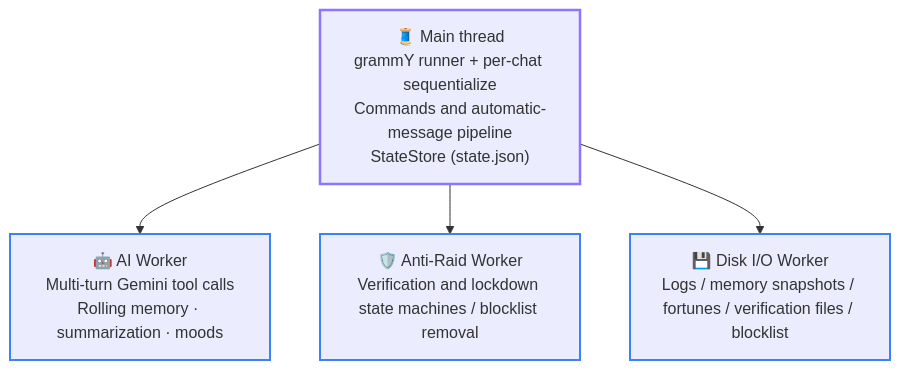
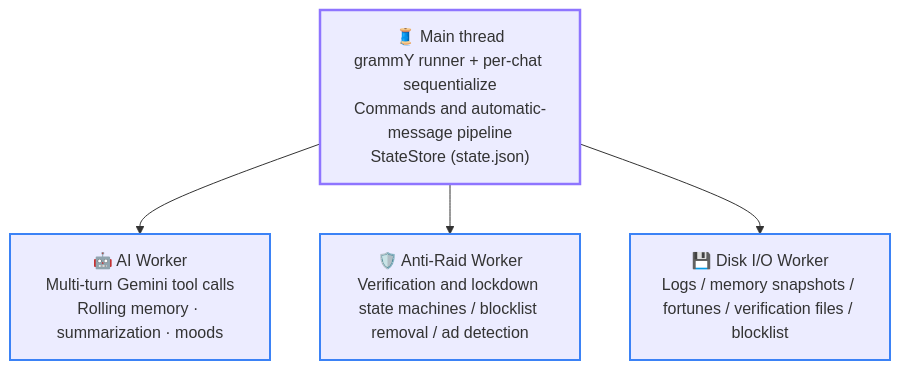
The first of 2 diagrams in docs/en/02-architecture.md (Asashishi/copy_ninjia), drawn with Mermaid before and after one commit. The commit also changed other lines of this file and 167 other files, not shown here.

````diff
--- a/docs/en/02-architecture.md
+++ b/docs/en/02-architecture.md
@@ -17,14 +17,14 @@
 ```mermaid
 flowchart TD
     classDef main stroke:#8e75ff,stroke-width:2.5px;
     classDef worker stroke:#3b82f6,stroke-width:2px;
 
     MAIN["🧵 Main thread<br/>grammY runner + per-chat sequentialize<br/>Commands and automatic-message pipeline<br/>StateStore (state.json)"]:::main
     AI["🤖 AI Worker<br/>Multi-turn Gemini tool calls<br/>Rolling memory · summarization · moods"]:::worker
-    RAID["🛡️ Anti-Raid Worker<br/>Verification and lockdown state machines / blocklist removal"]:::worker
+    RAID["🛡️ Anti-Raid Worker<br/>Verification and lockdown state machines / blocklist removal / ad detection"]:::worker
     DISK["💾 Disk I/O Worker<br/>Logs / memory snapshots / fortunes / verification files / blocklist"]:::worker
 
     MAIN --> AI
     MAIN --> RAID
     MAIN --> DISK
 ```
````
